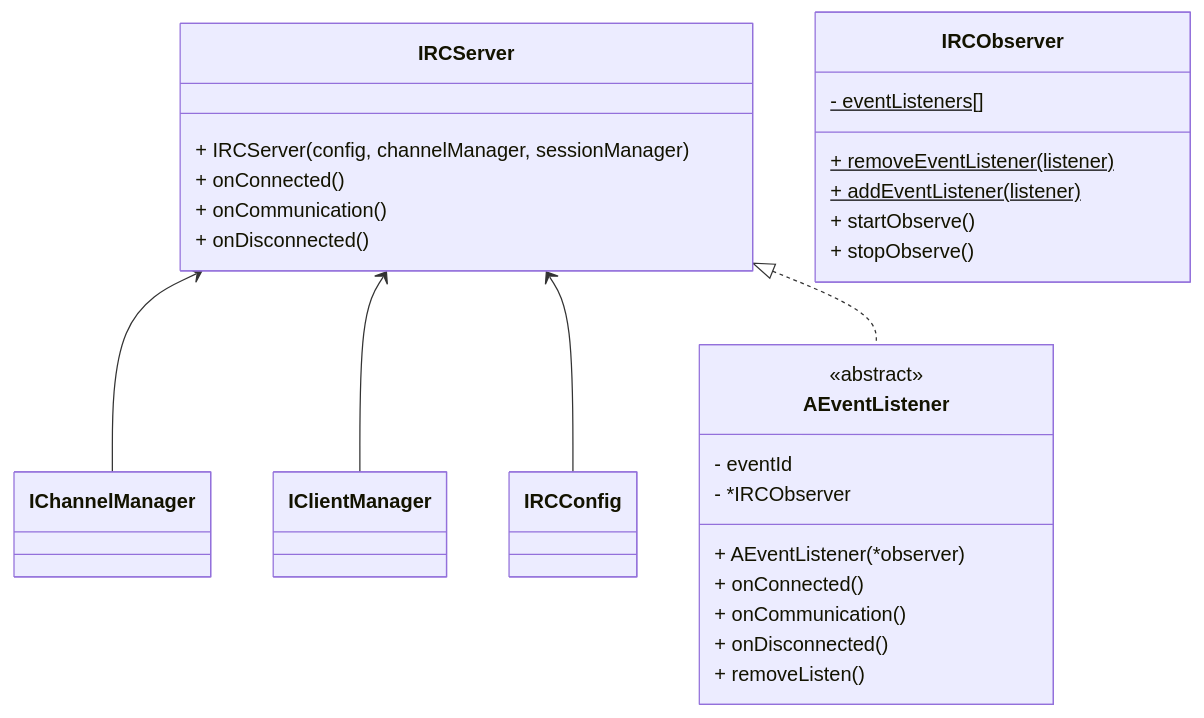
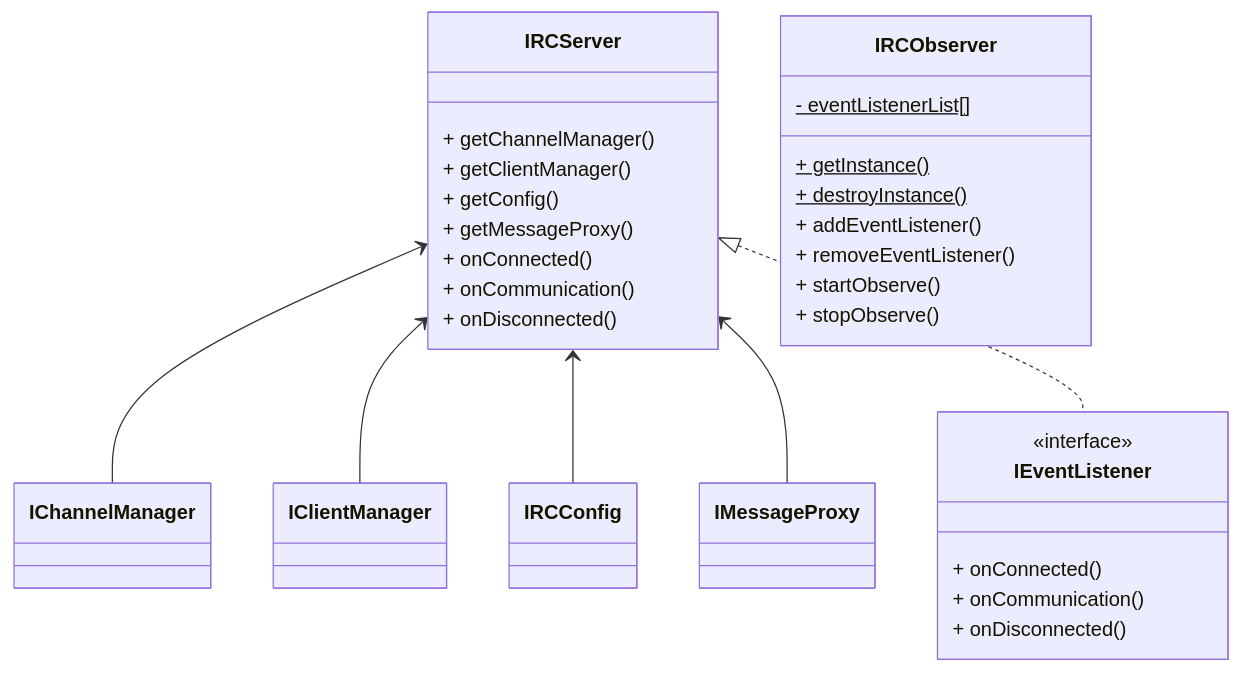
One commit to mfukui1218/irc changed the first of 13 diagrams in docs/class_design.md. Above: the diagram before and after it, drawn with Mermaid. The commit also changed other lines of this file and 32 other files, not shown here.

````diff
--- a/docs/class_design.md
+++ b/docs/class_design.md
@@ -31,37 +31,39 @@
 ```mermaid
 classDiagram
 
 	IRCServer <-- IChannelManager
 	IRCServer <-- IClientManager
 	IRCServer <-- IRCConfig
+	IRCServer <-- IMessageProxy
 
-	IRCServer <|.. AEventListener
+	IRCServer <|.. IEventListener
 
 	class IRCServer {
-		+ IRCServer(config, channelManager, sessionManager)
+		 + getChannelManager()
+		 + getClientManager()
+		 + getConfig()
+		 + getMessageProxy()
 		 + onConnected()
 		 + onCommunication()
 		 + onDisconnected()
 	}
 
 	class IRCObserver {
-		- eventListeners[]$
-		+ removeEventListener(listener)$
-		+ addEventListener(listener)$
+		- eventListenerList[]$
+		+ getInstance()$
+		+ destroyInstance()$
+
+		+ addEventListener()
+		+ removeEventListener()
 		+ startObserve()
 		+ stopObserve()
 	}
 
-	IRCObserver
-	class AEventListener {
-		<<abstract>>
-		 - eventId
-		 - *IRCObserver
-		 + AEventListener(*observer)
+	class IEventListener {
+		<<interface>>
 		 + onConnected()
 		 + onCommunication()
 		 + onDisconnected()
-		 + removeListen()
 	}
 	
 ```
````
